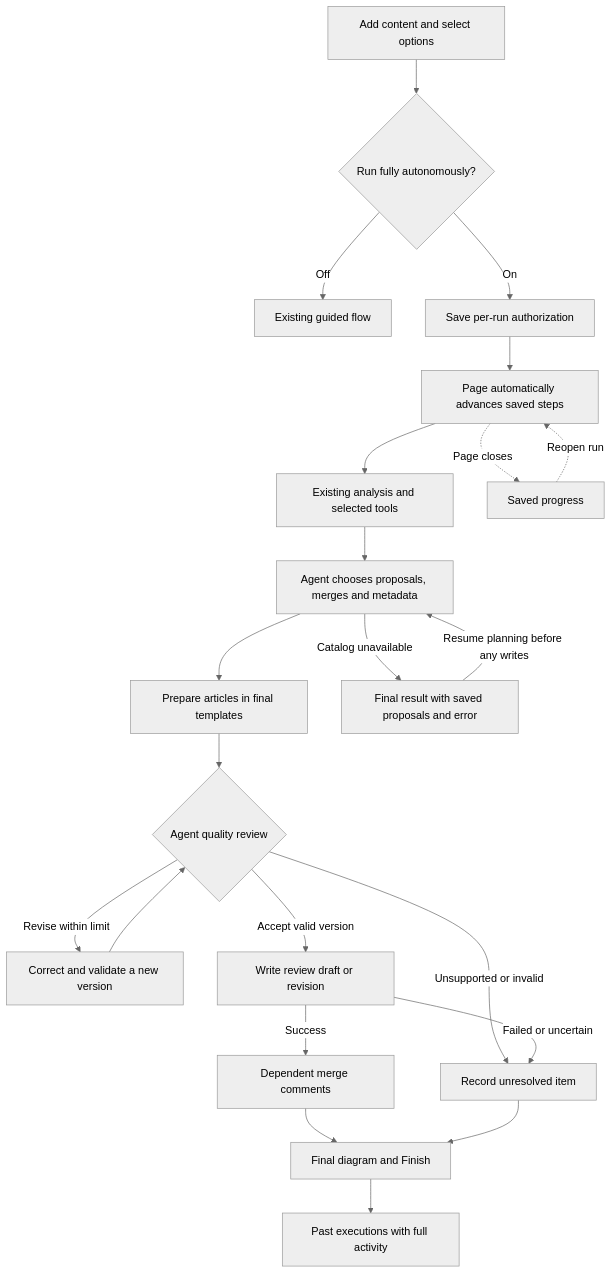
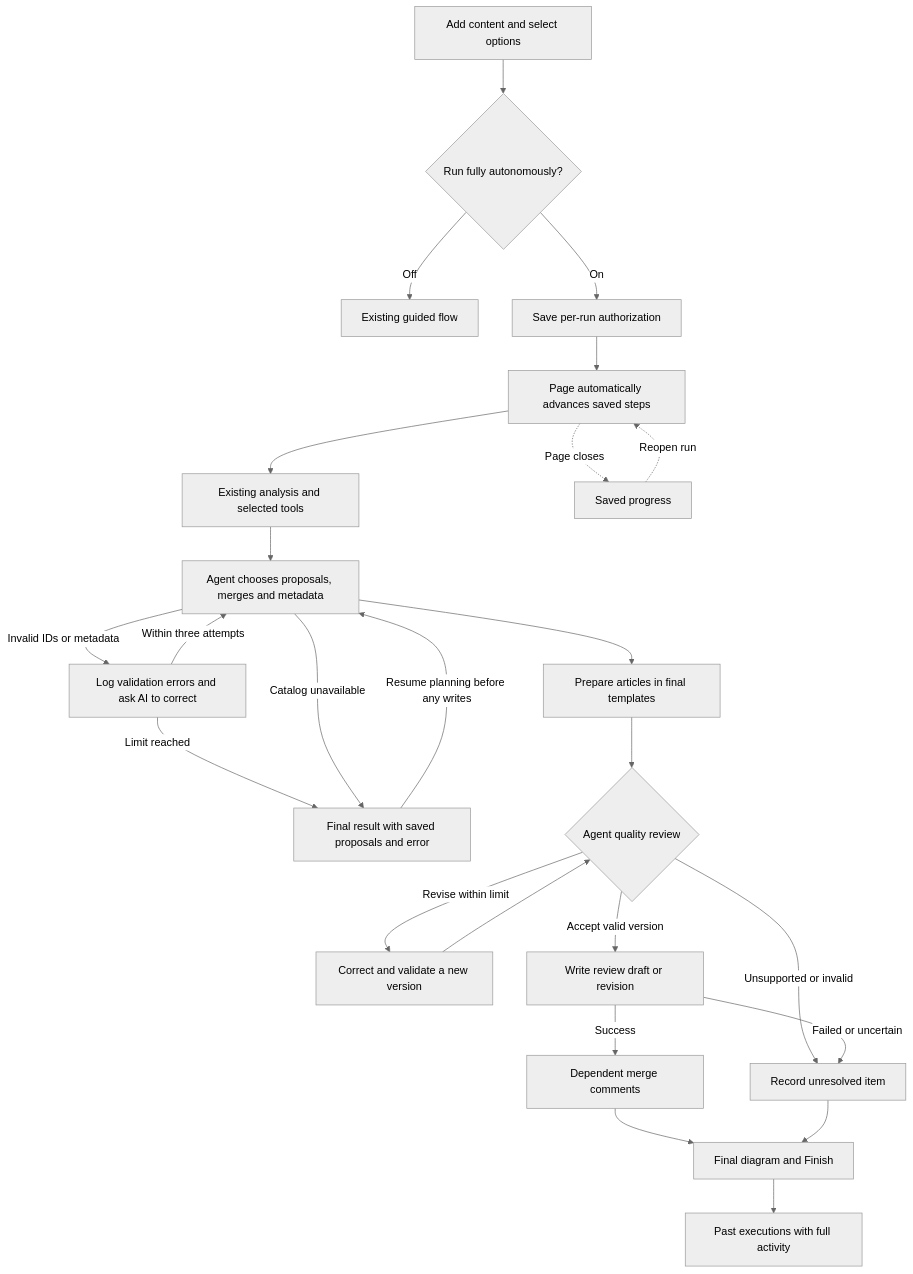
Before and after one commit to ffernandesupland/knoledge-studio: the diagram in docs/autonomous-pipeline.md, drawn with Mermaid (neutral theme). The commit also changed other lines of this file and 8 other files, not shown here.

Commit message:
Constrain autonomous choices and repair invalid plans before writing

````diff
--- a/docs/autonomous-pipeline.md
+++ b/docs/autonomous-pipeline.md
@@ -39,24 +40,27 @@
 ```mermaid
 flowchart TD
   Start[Add content and select options] --> Mode{Run fully autonomously?}
   Mode -->|Off| Guided[Existing guided flow]
   Mode -->|On| Save[Save per-run authorization]
   Save --> App[Page automatically advances saved steps]
   App --> Analyze[Existing analysis and selected tools]
   Analyze --> Plan[Agent chooses proposals, merges and metadata]
   Plan --> Prepare[Prepare articles in final templates]
+  Plan -->|Invalid IDs or metadata| Repair[Log validation errors and ask AI to correct]
+  Repair -->|Within three attempts| Plan
+  Repair -->|Limit reached| Failed
   Plan -->|Catalog unavailable| Failed[Final result with saved proposals and error]
   Failed -->|Resume planning before any writes| Plan
   Prepare --> Review{Agent quality review}
   Review -->|Revise within limit| Correct[Correct and validate a new version]
   Correct --> Review
   Review -->|Unsupported or invalid| Partial[Record unresolved item]
   Review -->|Accept valid version| Write[Write review draft or revision]
   Write -->|Success| Comments[Dependent merge comments]
   Write -->|Failed or uncertain| Partial
   Comments --> Result[Final diagram and Finish]
   Partial --> Result
   Result --> History[Past executions with full activity]
   App -. Page closes .-> Pause[Saved progress]
   Pause -. Reopen run .-> App
 ```
````
